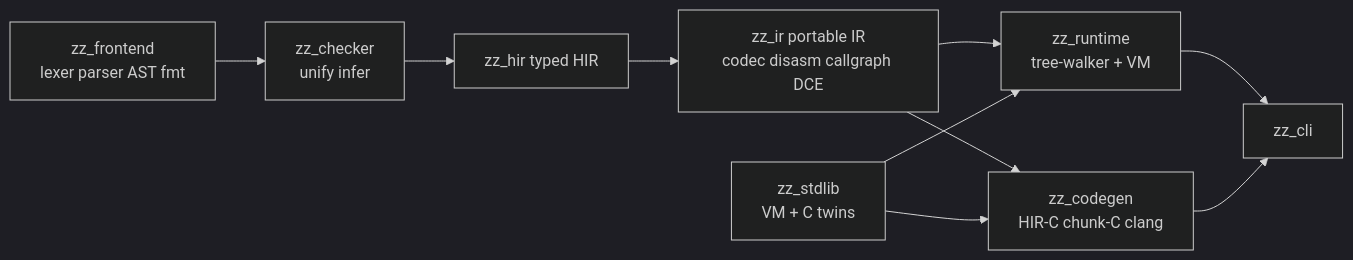
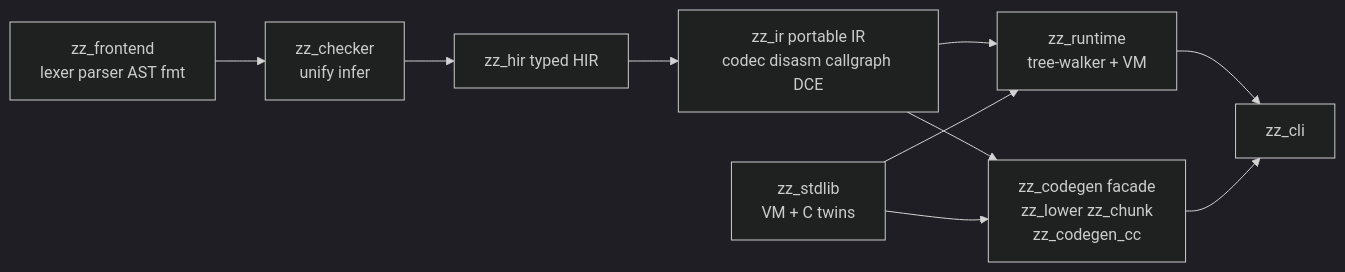
One commit to zaidejjo/zz changed the first of 3 diagrams in docs/compiler/architecture.md. Above: the diagram before and after it, drawn with Mermaid (dark theme). The commit also changed other lines of this file and 4 other files, not shown here.

````diff
--- a/docs/compiler/architecture.md
+++ b/docs/compiler/architecture.md
@@ -5,12 +5,12 @@
 ```mermaid
 flowchart LR
     FE[zz_frontend<br/>lexer parser AST fmt] --> CH[zz_checker<br/>unify infer]
     CH --> HIR[zz_hir typed HIR]
     HIR --> IR[zz_ir portable IR<br/>codec disasm callgraph DCE]
     IR --> RT[zz_runtime<br/>tree-walker + VM]
-    IR --> CG[zz_codegen<br/>HIR-C chunk-C clang]
+    IR --> CG[zz_codegen facade<br/>zz_lower zz_chunk<br/>zz_codegen_cc]
     SL[zz_stdlib<br/>VM + C twins] --> RT
     SL --> CG
     RT --> CLI[zz_cli]
     CG --> CLI
 ```
````
